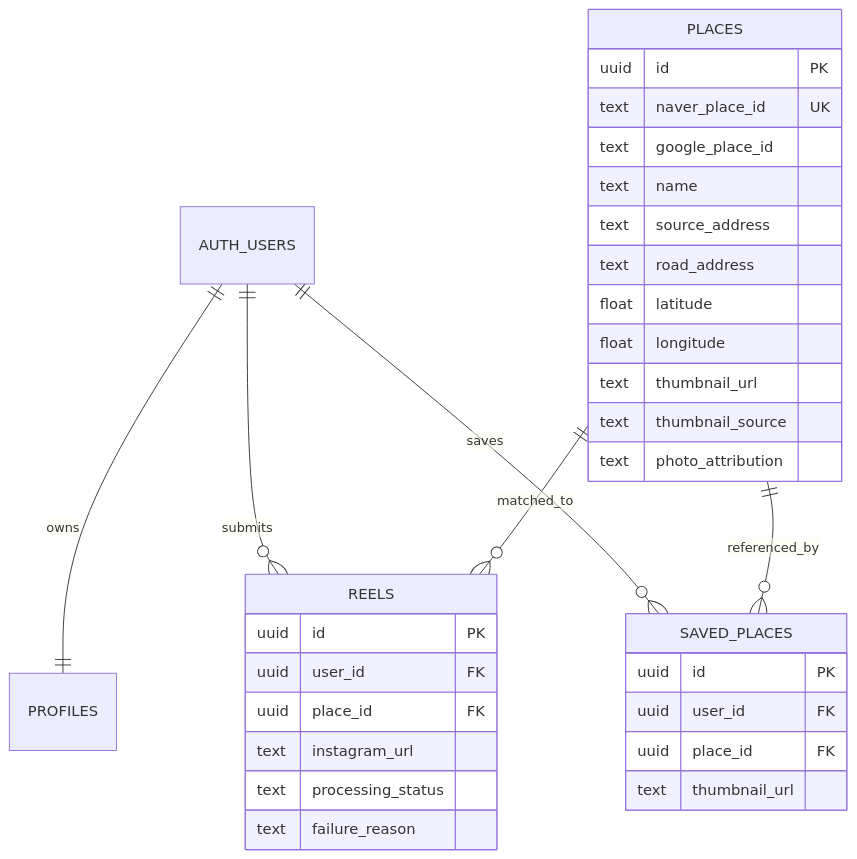
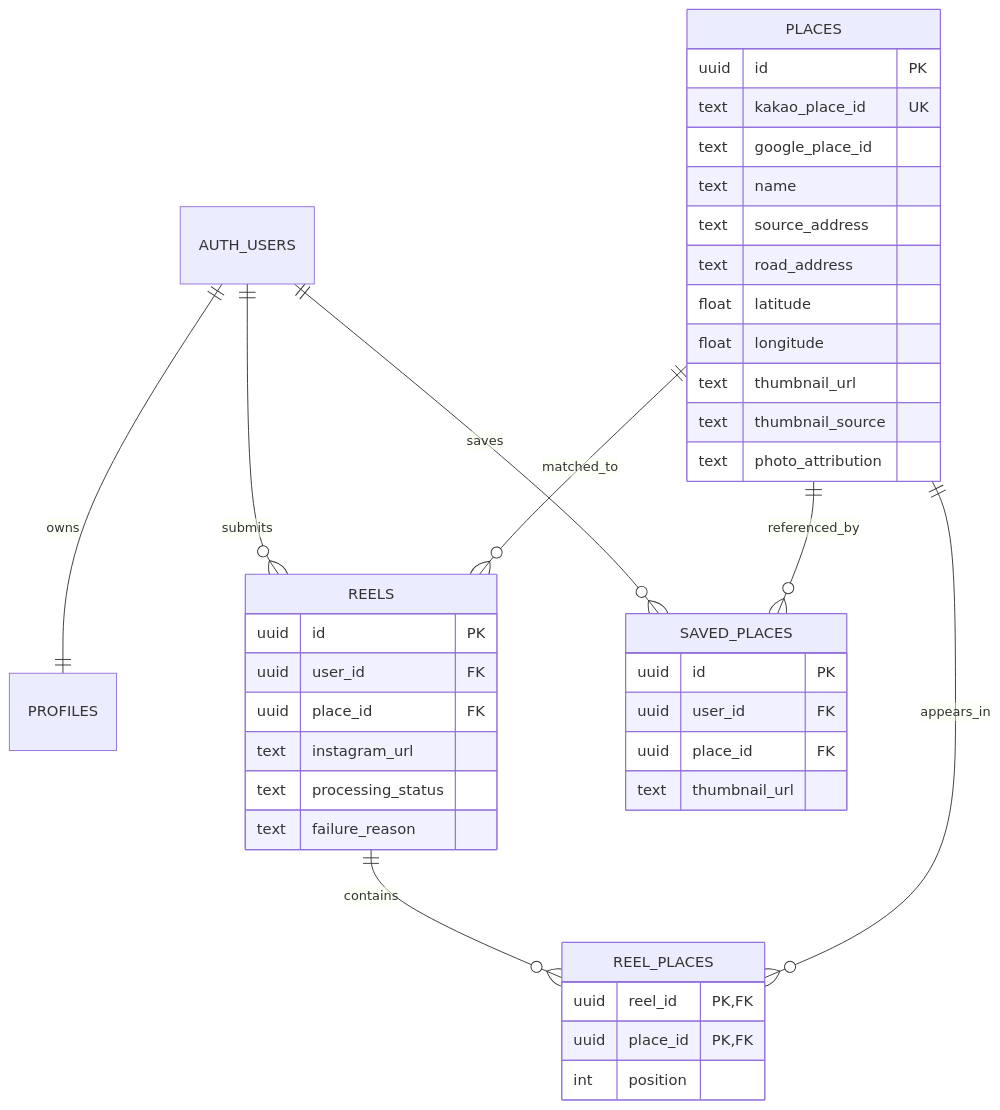
The second of 2 diagrams in docs/architecture.md (Jiihyun/yeogidam), drawn with Mermaid before and after one commit. The commit also changed other lines of this file and 23 other files, not shown here.

Commit message:
feat: use Kakao place IDs for reel matching

````diff
--- a/docs/architecture.md
+++ b/docs/architecture.md
@@ -72,36 +72,43 @@
 ```mermaid
 erDiagram
     AUTH_USERS ||--|| PROFILES : owns
     AUTH_USERS ||--o{ REELS : submits
     AUTH_USERS ||--o{ SAVED_PLACES : saves
     PLACES ||--o{ REELS : matched_to
     PLACES ||--o{ SAVED_PLACES : referenced_by
+    REELS ||--o{ REEL_PLACES : contains
+    PLACES ||--o{ REEL_PLACES : appears_in
 
     PLACES {
       uuid id PK
-      text naver_place_id UK
+      text kakao_place_id UK
       text google_place_id
       text name
       text source_address
       text road_address
       float latitude
       float longitude
       text thumbnail_url
       text thumbnail_source
       text photo_attribution
     }
     REELS {
       uuid id PK
       uuid user_id FK
       uuid place_id FK
       text instagram_url
       text processing_status
       text failure_reason
     }
+    REEL_PLACES {
+      uuid reel_id PK,FK
+      uuid place_id PK,FK
+      int position
+    }
     SAVED_PLACES {
       uuid id PK
       uuid user_id FK
       uuid place_id FK
       text thumbnail_url
     }
 ```
````
